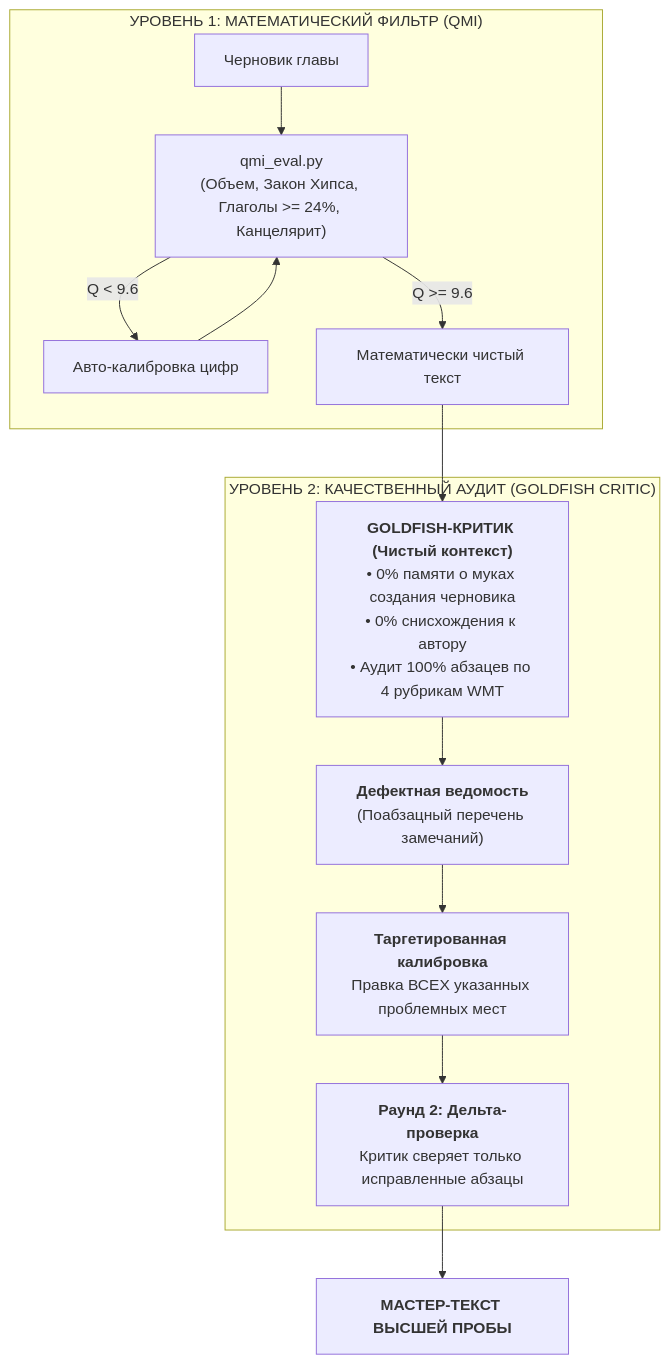
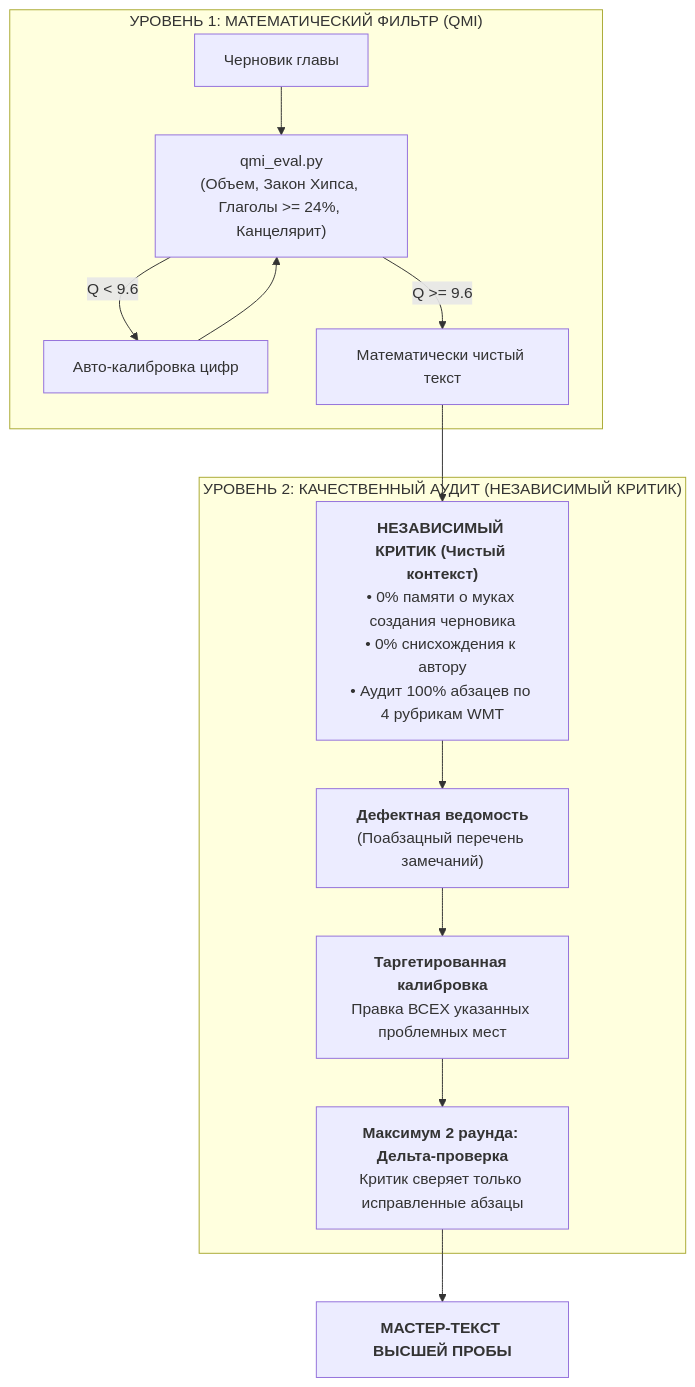
One commit to lnp/classic-russian-translation changed the third of 3 diagrams in README.md. Above: the diagram before and after it, drawn with Mermaid. The commit also changed other lines of this file and 1 other file, not shown here.

Commit message:
feat: polish Section 9, remove goldfish term in favor of Independent Critic, add Zero-Bypass Mandate and explicit min/max iteration bounds

````diff
--- a/README.md
+++ b/README.md
@@ -188,20 +188,20 @@
 ```mermaid
 flowchart TD
     subgraph LEVEL_1 ["УРОВЕНЬ 1: МАТЕМАТИЧЕСКИЙ ФИЛЬТР (QMI)"]
         DRAFT["Черновик главы"] --> QMI_TEST["qmi_eval.py<br/>(Объем, Закон Хипса, Глаголы >= 24%, Канцелярит)"]
         QMI_TEST -->|Q < 9.6| FIX_NUM["Авто-калибровка цифр"]
         FIX_NUM --> QMI_TEST
         QMI_TEST -->|Q >= 9.6| CLEAN_DRAFT["Математически чистый текст"]
     end
 
-    CLEAN_DRAFT --> GOLDFISH
+    CLEAN_DRAFT --> CRITIC
 
-    subgraph LEVEL_2 ["УРОВЕНЬ 2: КАЧЕСТВЕННЫЙ АУДИТ (GOLDFISH CRITIC)"]
-        GOLDFISH["<b>GOLDFISH-КРИТИК (Чистый контекст)</b><br/>• 0% памяти о муках создания черновика<br/>• 0% снисхождения к автору<br/>• Аудит 100% абзацев по 4 рубрикам WMT"]
-        GOLDFISH --> DEF_TABLE["<b>Дефектная ведомость</b><br/>(Поабзацный перечень замечаний)"]
+    subgraph LEVEL_2 ["УРОВЕНЬ 2: КАЧЕСТВЕННЫЙ АУДИТ (НЕЗАВИСИМЫЙ КРИТИК)"]
+        CRITIC["<b>НЕЗАВИСИМЫЙ КРИТИК (Чистый контекст)</b><br/>• 0% памяти о муках создания черновика<br/>• 0% снисхождения к автору<br/>• Аудит 100% абзацев по 4 рубрикам WMT"]
+        CRITIC --> DEF_TABLE["<b>Дефектная ведомость</b><br/>(Поабзацный перечень замечаний)"]
         DEF_TABLE --> PATCH["<b>Таргетированная калибровка</b><br/>Правка ВСЕХ указанных проблемных мест"]
-        PATCH --> DELTA["<b>Раунд 2: Дельта-проверка</b><br/>Критик сверяет только исправленные абзацы"]
+        PATCH --> DELTA["<b>Максимум 2 раунда: Дельта-проверка</b><br/>Критик сверяет только исправленные абзацы"]
     end
 
     DELTA --> MASTER["<b>МАСТЕР-ТЕКСТ ВЫСШЕЙ ПРОБЫ</b>"]
 ```
````
